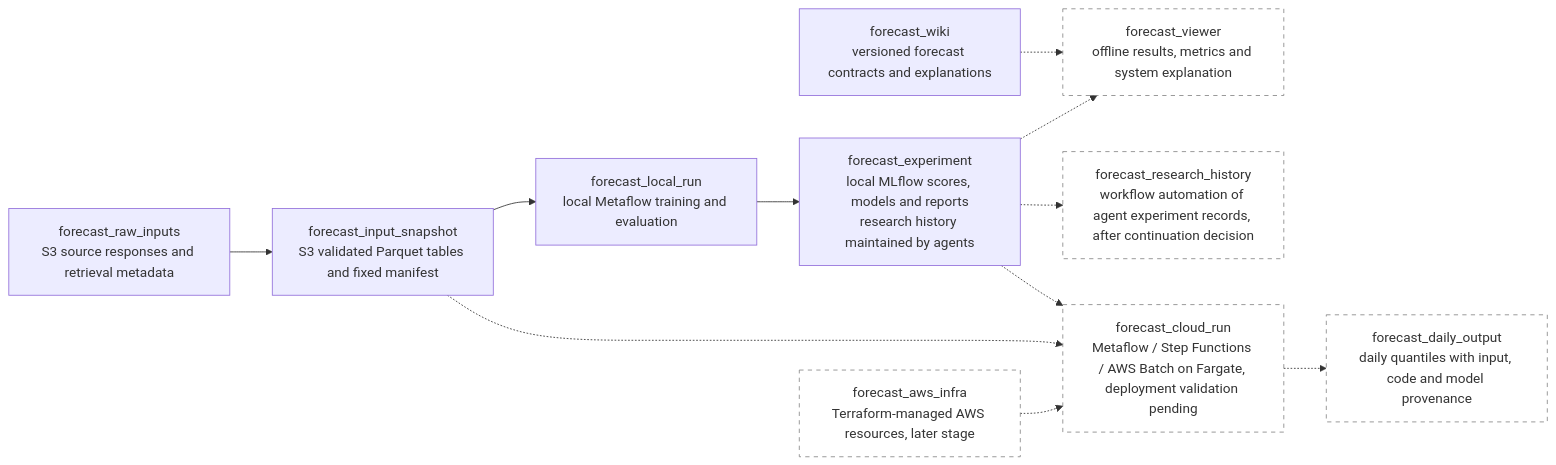
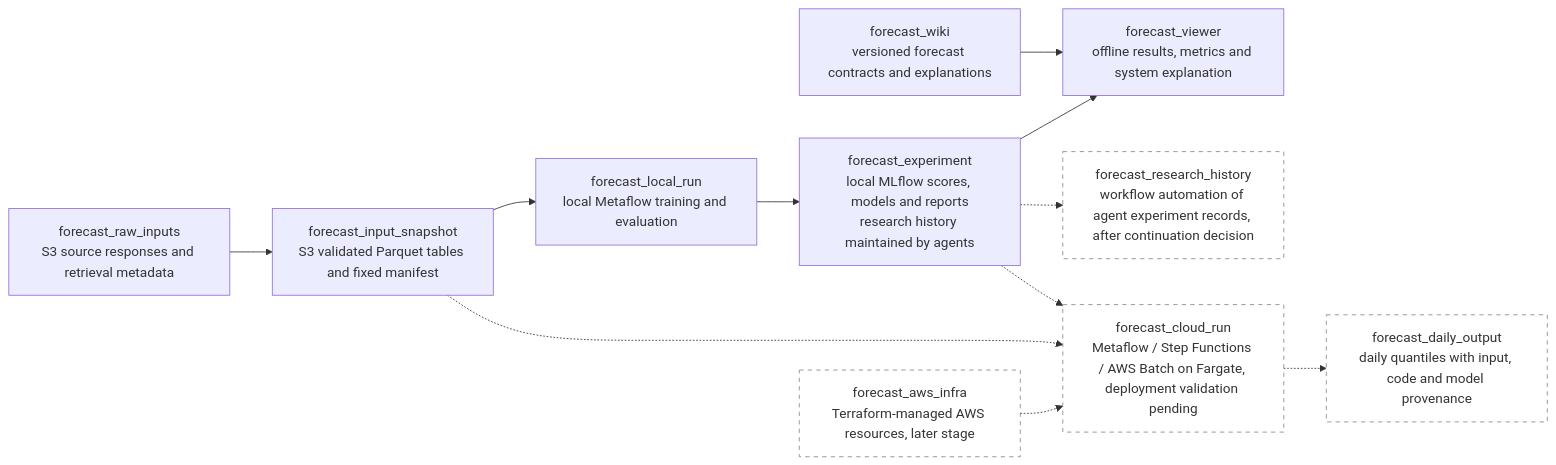
Before and after one commit to zoltanmaric/coppersushi: the diagram in wiki/price-forecasting.md, drawn with Mermaid. The commit also changed 9 other files, not shown here.

Commit message:
Build the offline forecast observatory

````diff
--- a/wiki/price-forecasting.md
+++ b/wiki/price-forecasting.md
@@ -19,30 +19,30 @@
 ```mermaid
 flowchart LR
     classDef planned stroke-dasharray: 5 5,stroke:#888,fill:none
 
     forecast_raw_inputs["forecast_raw_inputs<br/>S3 source responses and retrieval metadata"]
     forecast_input_snapshot["forecast_input_snapshot<br/>S3 validated Parquet tables and fixed manifest"]
     forecast_local_run["forecast_local_run<br/>local Metaflow training and evaluation"]
     forecast_experiment["forecast_experiment<br/>local MLflow scores, models and reports<br/>research history maintained by agents"]
 
     forecast_raw_inputs --> forecast_input_snapshot
     forecast_input_snapshot --> forecast_local_run
     forecast_local_run --> forecast_experiment
 
     forecast_wiki["forecast_wiki<br/>versioned forecast contracts and explanations"]
-    forecast_viewer["forecast_viewer<br/>offline results, metrics and system explanation"]:::planned
-    forecast_experiment -.-> forecast_viewer
-    forecast_wiki -.-> forecast_viewer
+    forecast_viewer["forecast_viewer<br/>offline results, metrics and system explanation"]
+    forecast_experiment --> forecast_viewer
+    forecast_wiki --> forecast_viewer
 
     forecast_research_history["forecast_research_history<br/>workflow automation of agent experiment records, after continuation decision"]:::planned
     forecast_experiment -.-> forecast_research_history
 
     forecast_aws_infra["forecast_aws_infra<br/>Terraform-managed AWS resources, later stage"]:::planned
     forecast_cloud_run["forecast_cloud_run<br/>Metaflow / Step Functions / AWS Batch on Fargate, deployment validation pending"]:::planned
     forecast_daily_output["forecast_daily_output<br/>daily quantiles with input, code and model provenance"]:::planned
 
     forecast_aws_infra -.-> forecast_cloud_run
     forecast_input_snapshot -.-> forecast_cloud_run
     forecast_experiment -.-> forecast_cloud_run
     forecast_cloud_run -.-> forecast_daily_output
 ```
````
